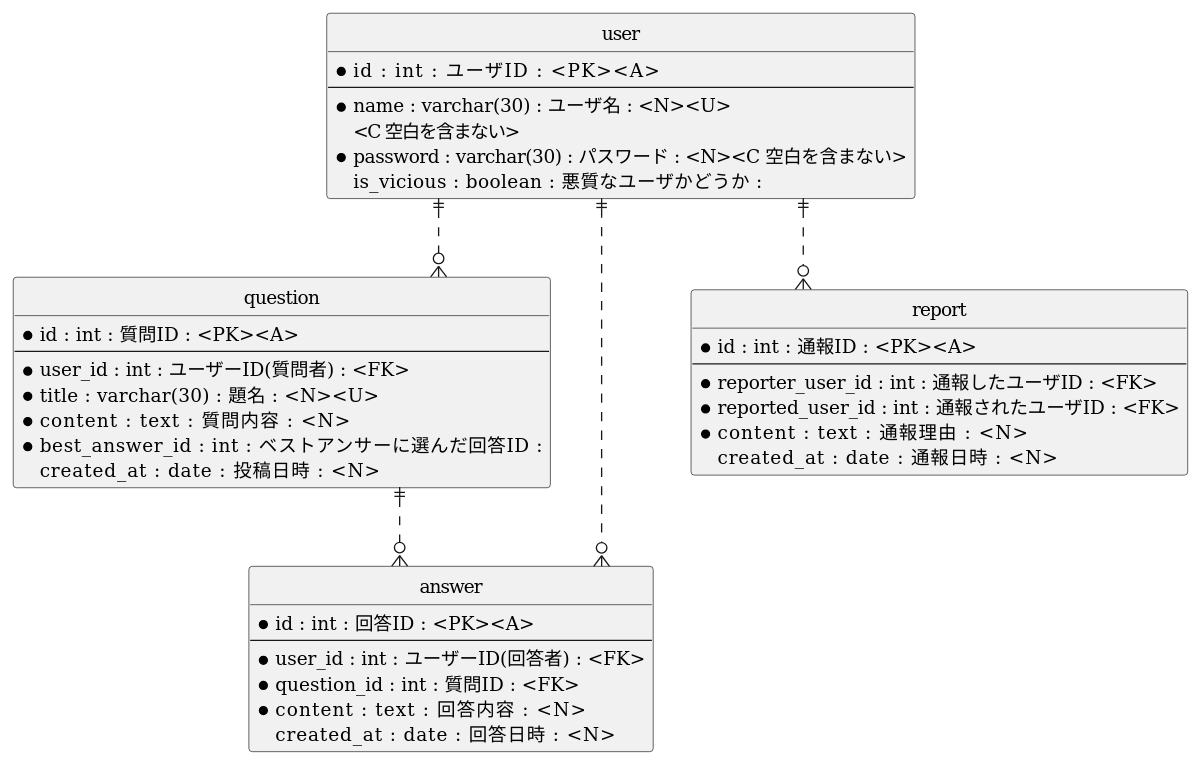
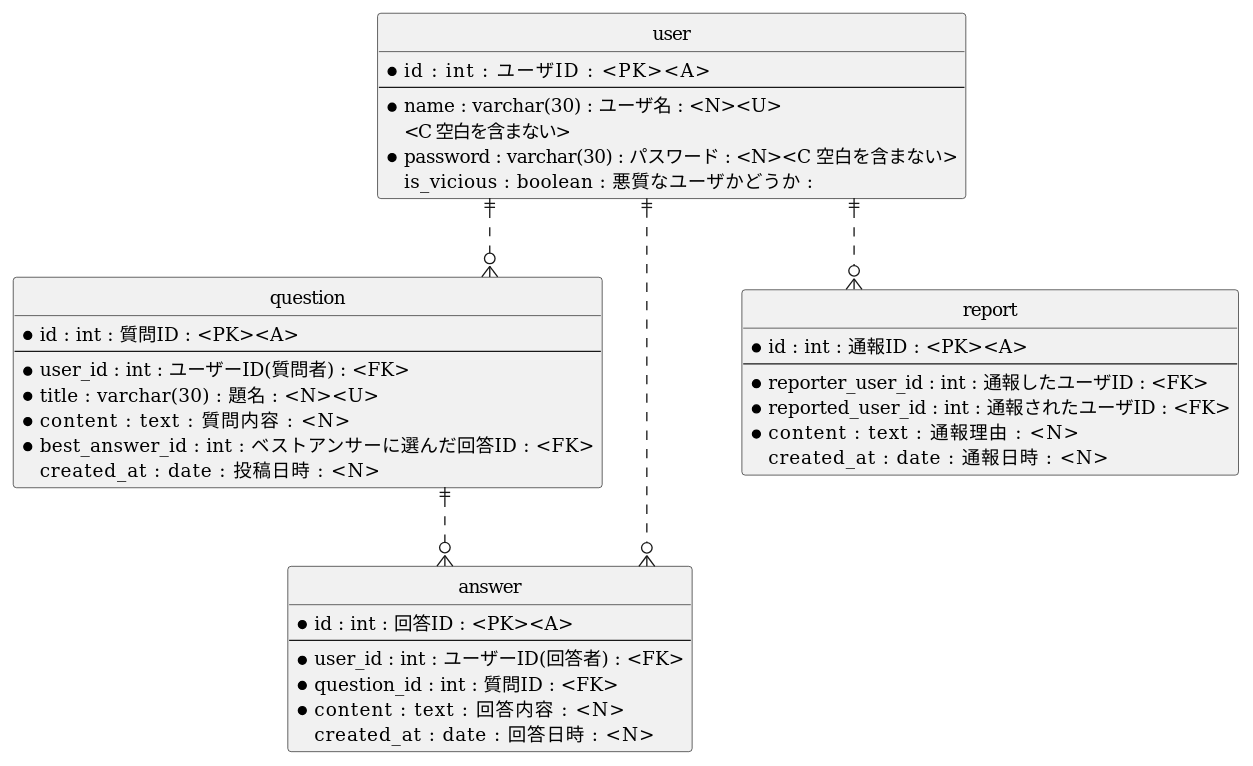
The diagram in DBdesign/DBdesign.pu (araigoro/Website), drawn with PlantUML before and after one commit.

Commit message:
・questionテーブルのbest_answer_idカラムに外部キー制約を追加

```diff
--- a/DBdesign/DBdesign.pu
+++ b/DBdesign/DBdesign.pu
@@ -15,53 +15,53 @@
 @startuml test
  hide circle
  skinparam linetype ortho
 
   entity "user" as user {
      * id   :   int    :    ユーザID    :   <PK><A>
      --
      * name :   varchar(30) :   ユーザ名    :   <N><U>
     <C 空白を含まない>
      * password :   varchar(30) :   パスワード  :   <N><C 空白を含まない>
      is_vicious :   boolean :   悪質なユーザかどうか    : 
  }
 
   entity "question" as question {
      * id   :   int :   質問ID  :   <PK><A>
      --
      * user_id  : int   : ユーザーID(質問者)    :   <FK>
      * title    :   varchar(30) :   題名    :   <N><U>
      * content    :   text :   質問内容    :   <N>
-     * best_answer_id    :   int :   ベストアンサーに選んだ回答ID    :
+     * best_answer_id    :   int :   ベストアンサーに選んだ回答ID    :  <FK>
      created_at :   date    :   投稿日時    :   <N>
  }
 
   entity "answer" as answer {
      * id   :   int :   回答ID  :   <PK><A>
      --
      * user_id  : int   : ユーザーID(回答者)    :   <FK>
      * question_id  : int   : 質問ID    :   <FK>
      * content    :   text :   回答内容    :   <N>
      created_at :   date    :   回答日時    :   <N>
  }
 
    entity "report" as report {
      * id   :   int :   通報ID  :   <PK><A>
      --
      * reporter_user_id  : int   : 通報したユーザID    :   <FK>
      * reported_user_id  : int   : 通報されたユーザID    :   <FK>
      * content    :   text :   通報理由    :   <N>
      created_at :   date    :   通報日時    :   <N>
  }
 
  '文法
  '|o：0か1
  '||：1のみ
  '}o：0以上
  '}|：1以上
 
  user ||..o{ question
  user ||..o{ answer
  question ||..o{ answer
  user ||..o{ report
 
  @enduml
```
